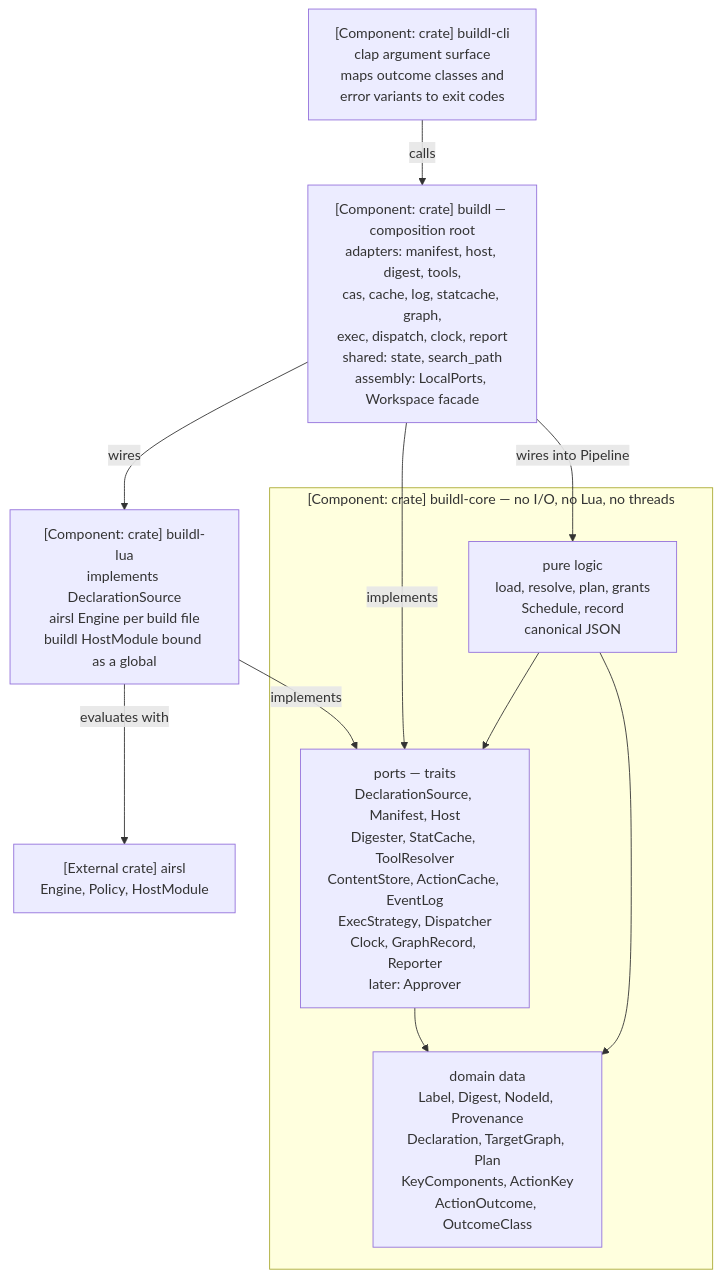
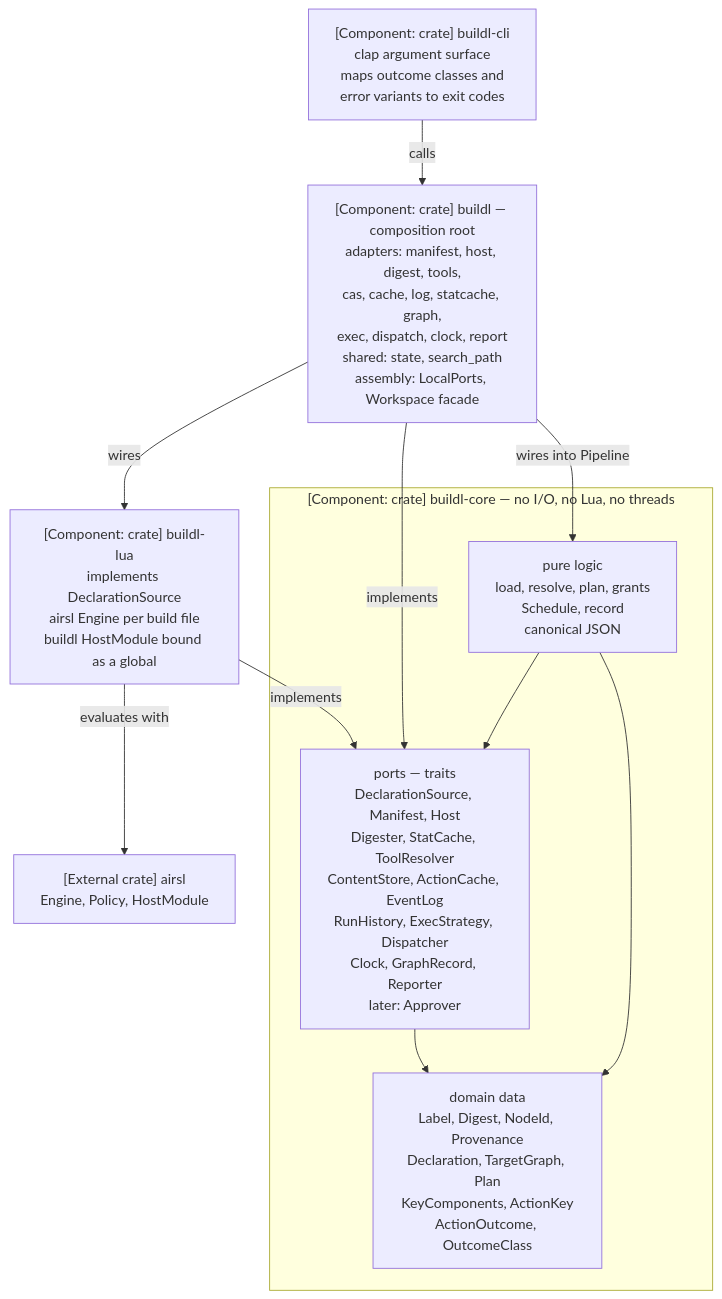
Before and after one commit to airsstack/buildl: the fourth of 7 diagrams in docs/architecture-building-blocks.md, drawn with Mermaid. The commit also changed other lines of this file and 103 other files, not shown here.

````diff
--- a/docs/architecture-building-blocks.md
+++ b/docs/architecture-building-blocks.md
@@ -102,22 +102,22 @@
 ```mermaid
 %% C4 level 3 — components inside the CLI process
 graph TD
     CLI["[Component: crate] buildl-cli<br/>clap argument surface<br/>maps outcome classes and<br/>error variants to exit codes"]
     LIB["[Component: crate] buildl — composition root<br/>adapters: manifest, host, digest, tools,<br/>cas, cache, log, statcache, graph,<br/>exec, dispatch, clock, report<br/>shared: state, search_path<br/>assembly: LocalPorts, Workspace facade"]
     LUA["[Component: crate] buildl-lua<br/>implements DeclarationSource<br/>airsl Engine per build file<br/>buildl HostModule bound as a global"]
     subgraph CORE["[Component: crate] buildl-core — no I/O, no Lua, no threads"]
         DATA["domain data<br/>Label, Digest, NodeId, Provenance<br/>Declaration, TargetGraph, Plan<br/>KeyComponents, ActionKey<br/>ActionOutcome, OutcomeClass"]
-        PORTS["ports — traits<br/>DeclarationSource, Manifest, Host<br/>Digester, StatCache, ToolResolver<br/>ContentStore, ActionCache, EventLog<br/>ExecStrategy, Dispatcher<br/>Clock, GraphRecord, Reporter<br/>later: Approver"]
+        PORTS["ports — traits<br/>DeclarationSource, Manifest, Host<br/>Digester, StatCache, ToolResolver<br/>ContentStore, ActionCache, EventLog<br/>RunHistory, ExecStrategy, Dispatcher<br/>Clock, GraphRecord, Reporter<br/>later: Approver"]
         LOGIC["pure logic<br/>load, resolve, plan, grants<br/>Schedule, record<br/>canonical JSON"]
     end
     AIRSL["[External crate] airsl<br/>Engine, Policy, HostModule"]
     CLI -->|"calls"| LIB
     LIB -->|"wires"| LUA
     LIB -->|"implements"| PORTS
     LIB -->|"wires into Pipeline"| LOGIC
     LUA -->|"implements"| PORTS
     LUA -->|"evaluates with"| AIRSL
     LOGIC --> PORTS
     LOGIC --> DATA
     PORTS --> DATA
 ```
````
